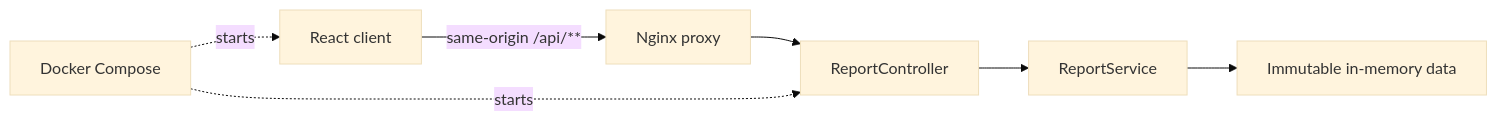
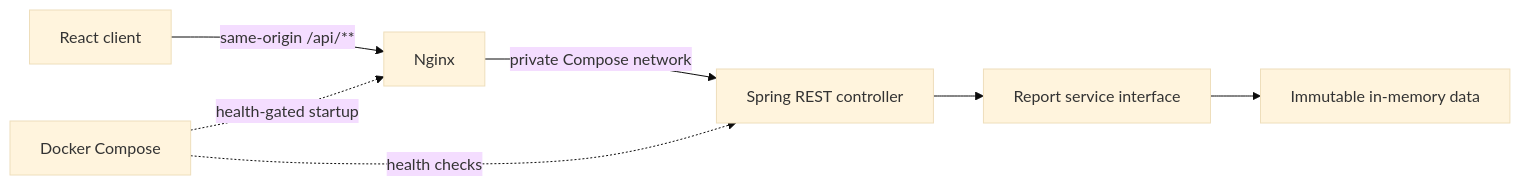
One commit to KarthikSunkari/enfos-reporting-portal changed the diagram in docs/architecture.md. Above: the diagram before and after it, drawn with Mermaid (base theme). The commit also changed other lines of this file and 1 other file, not shown here.

Commit message:
docs: finalize setup and architecture guidance

````diff
--- a/docs/architecture.md
+++ b/docs/architecture.md
@@ -5,9 +7,9 @@
 ```mermaid
 flowchart LR
-    Browser[React client] -->|same-origin /api/**| Proxy[Nginx proxy]
-    Proxy --> Controller[ReportController]
-    Controller --> Service[ReportService]
-    Service --> MockData[Immutable in-memory data]
-    Compose[Docker Compose] -. starts .-> Browser
-    Compose -. starts .-> Controller
+    Browser[React client] -->|same-origin /api/**| Proxy[Nginx]
+    Proxy -->|private Compose network| Controller[Spring REST controller]
+    Controller --> Service[Report service interface]
+    Service --> Data[Immutable in-memory data]
+    Compose[Docker Compose] -. health-gated startup .-> Proxy
+    Compose -. health checks .-> Controller
 ```
````
